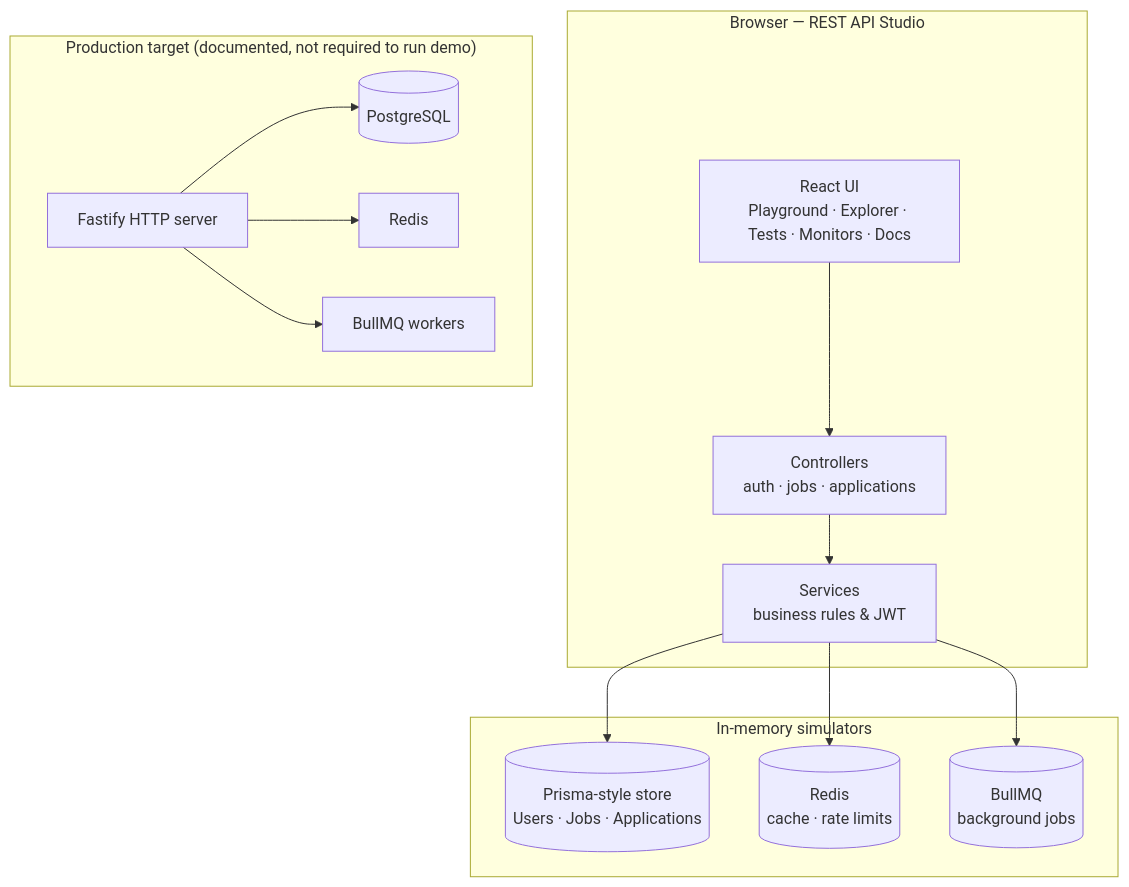
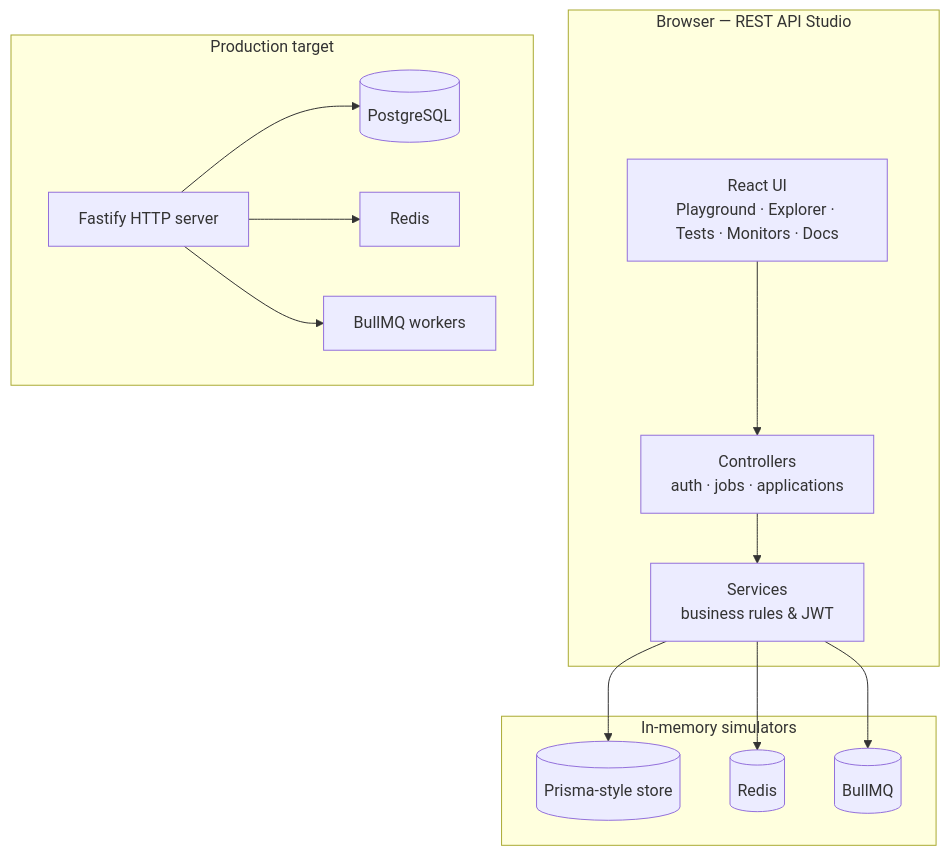
The diagram in README.md (Vera93203/rest-api-studio-docs), drawn with Mermaid before and after one commit. The commit also changed other lines of this file and 3 other files, not shown here.

````diff
--- a/README.md
+++ b/README.md
@@ -66,29 +122,29 @@
 ```mermaid
 flowchart TB
   subgraph Browser["Browser — REST API Studio"]
     UI[React UI<br/>Playground · Explorer · Tests · Monitors · Docs]
     CTRL[Controllers<br/>auth · jobs · applications]
     SVC[Services<br/>business rules & JWT]
     UI --> CTRL --> SVC
   end
 
   subgraph Simulators["In-memory simulators"]
-    PG[(Prisma-style store<br/>Users · Jobs · Applications)]
-    RD[(Redis<br/>cache · rate limits)]
-    BQ[(BullMQ<br/>background jobs)]
+    PG[(Prisma-style store)]
+    RD[(Redis)]
+    BQ[(BullMQ)]
   end
 
   SVC --> PG
   SVC --> RD
   SVC --> BQ
 
-  subgraph Production["Production target (documented, not required to run demo)"]
+  subgraph Production["Production target"]
     FF[Fastify HTTP server]
     DB[(PostgreSQL)]
     R[Redis]
     Q[BullMQ workers]
     FF --> DB
     FF --> R
     FF --> Q
   end
 ```
````
